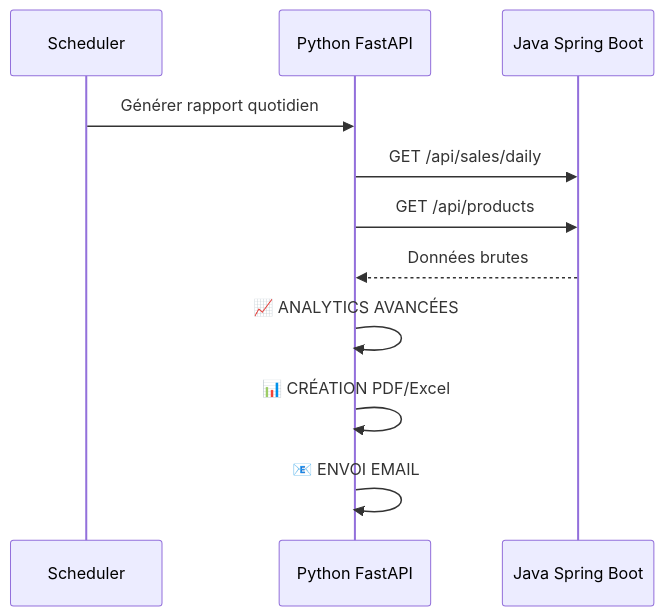
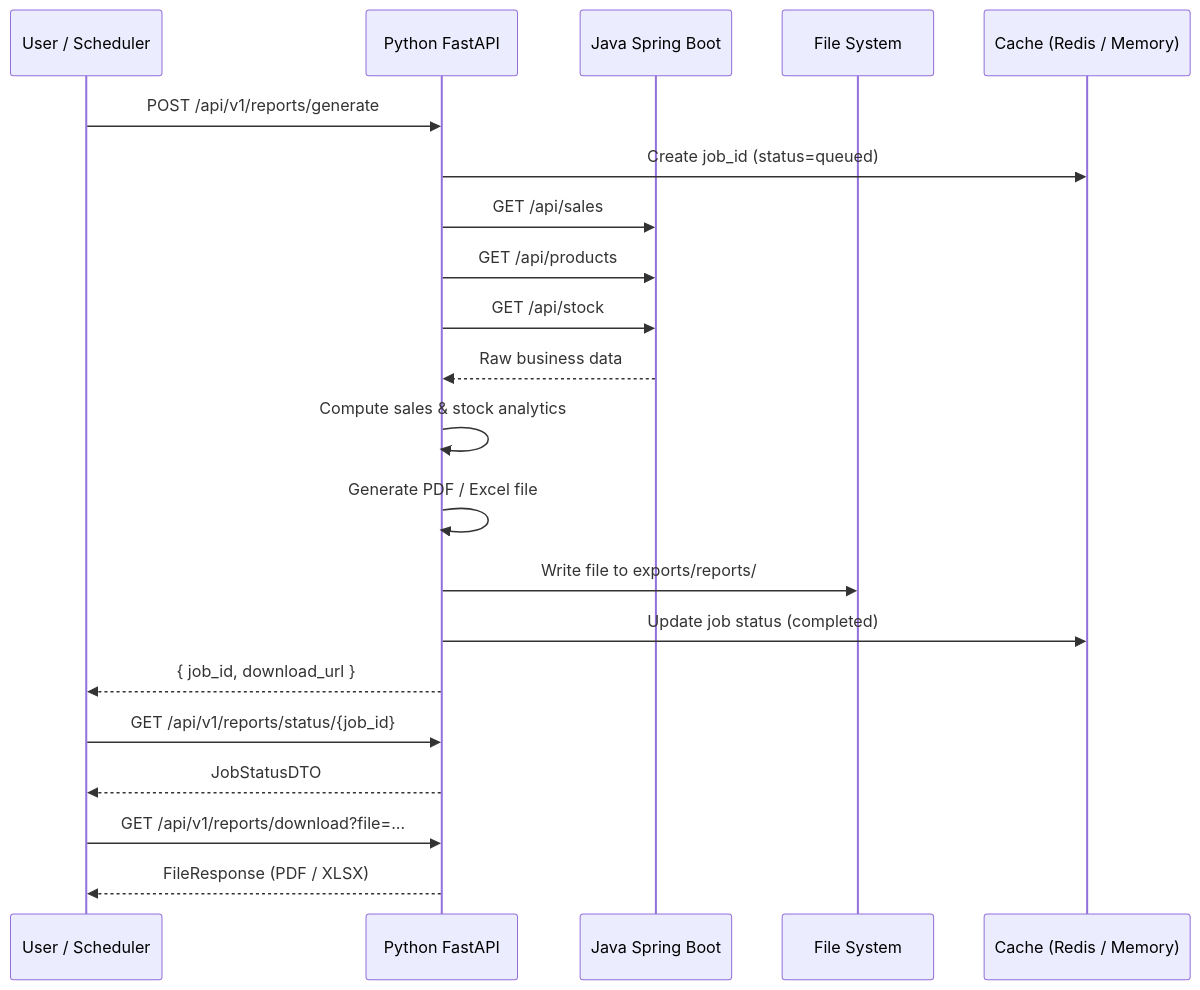
Before and after one commit to rado4002/-SalesFlow-Lite: the fifth of 10 diagrams in backend-python/docs/SOFTWAREE DESIGN.md, drawn with Mermaid. The commit also changed other lines of this file, not shown here.

````diff
--- a/backend-python/docs/SOFTWAREE DESIGN.md
+++ b/backend-python/docs/SOFTWAREE DESIGN.md
@@ -168,14 +157,26 @@
 ```mermaid
 sequenceDiagram
-    participant S as Scheduler
+    participant U as User / Scheduler
     participant P as Python FastAPI
     participant J as Java Spring Boot
-    
-    S->>P: Générer rapport quotidien
-    P->>J: GET /api/sales/daily
+    participant FS as File System
+    participant Cache as Cache (Redis / Memory)
+
+    U->>P: POST /api/v1/reports/generate
+    P->>Cache: Create job_id (status=queued)
+    P->>J: GET /api/sales
     P->>J: GET /api/products
-    J-->>P: Données brutes
-    P->>P: 📈 ANALYTICS AVANCÉES
-    P->>P: 📊 CRÉATION PDF/Excel
-    P->>P: 📧 ENVOI EMAIL
+    P->>J: GET /api/stock
+    J-->>P: Raw business data
+    P->>P: Compute sales & stock analytics
+    P->>P: Generate PDF / Excel file
+    P->>FS: Write file to exports/reports/
+    P->>Cache: Update job status (completed)
+    P-->>U: { job_id, download_url }
+
+    U->>P: GET /api/v1/reports/status/{job_id}
+    P-->>U: JobStatusDTO
+
+    U->>P: GET /api/v1/reports/download?file=...
+    P-->>U: FileResponse (PDF / XLSX)
 ```
````
